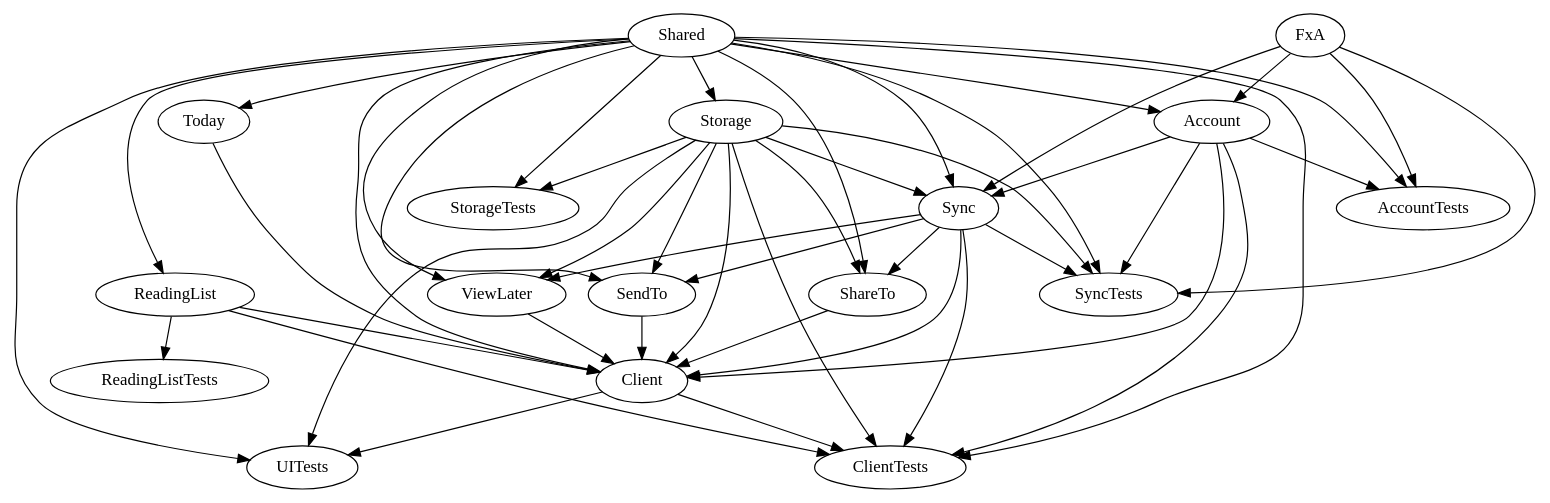
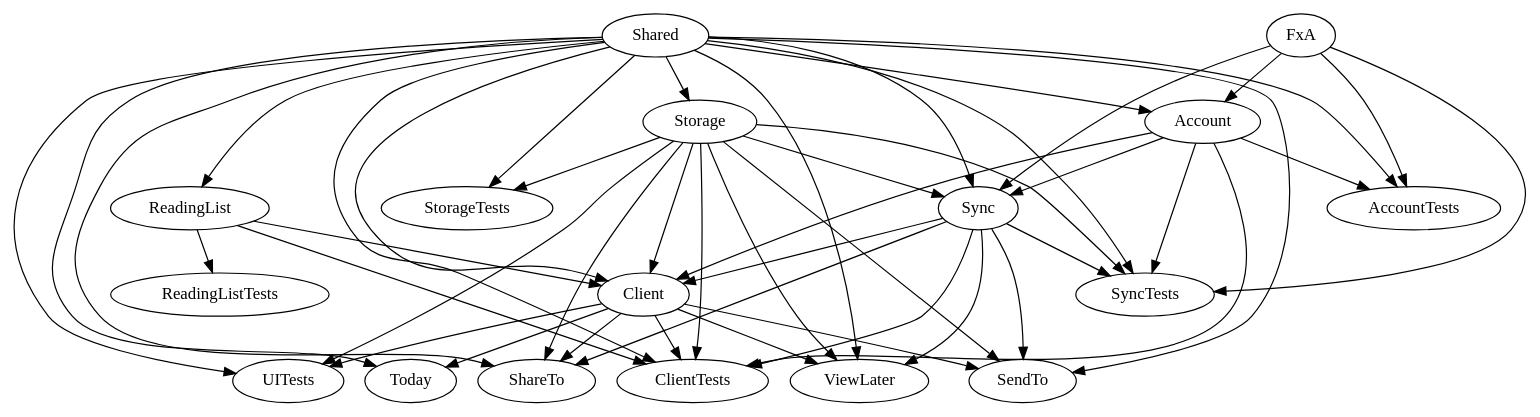
Before and after one commit to mozilla-mobile/firefox-ios: the diagram in Docs/Dependency Graphs/dot-files/digraph-fxios.dot, drawn with Graphviz. The commit also changed 1 other file, not shown here.

Commit message:
Add extensions as dependencies for client

```diff
--- a/Docs/Dependency Graphs/dot-files/digraph-fxios.dot
+++ b/Docs/Dependency Graphs/dot-files/digraph-fxios.dot
@@ -1,49 +1,49 @@
 digraph FxiOS {
   "Shared" -> "Storage"
   "Shared" -> "StorageTests"
   "Shared" -> "Client"
   "Shared" -> "ClientTests"
   "Shared" -> "ViewLater"
   "Shared" -> "ReadingList"
   "Shared" -> "SendTo"
   "Shared" -> "ShareTo"
   "Shared" -> "Account"
   "Shared" -> "AccountTests"
   "Shared" -> "Sync"
   "Shared" -> "SyncTests"
   "Shared" -> "UITests"
   "Shared" -> "Today"
   "FxA" -> "Account"
   "FxA" -> "AccountTests"
   "FxA" -> "Sync"
   "FxA" -> "SyncTests"
   "Storage" -> "StorageTests"
   "Storage" -> "Client"
   "Storage" -> "ClientTests"
   "Storage" -> "ViewLater"
   "Storage" -> "SendTo"
   "Storage" -> "UITests"
   "Storage" -> "SyncTests"
   "Storage" -> "Sync"
   "Storage" -> "ShareTo"
   "Sync" -> "SyncTests"
   "Sync" -> "Client"
   "Sync" -> "ClientTests"
   "Sync" -> "ShareTo"
   "Sync" -> "SendTo"
   "Sync" -> "ViewLater"
   "ReadingList" -> "ReadingListTests"
   "ReadingList" -> "Client"
   "ReadingList" -> "ClientTests"
   "Account" -> "AccountTests"
   "Account" -> "Sync"
   "Account" -> "SyncTests"
   "Account" -> "Client"
   "Account" -> "ClientTests"
   "Client" -> "ClientTests"
   "Client" -> "UITests"
-  "ViewLater" -> "Client"
-  "Today" -> "Client"
-  "ShareTo" -> "Client"
-  "SendTo" -> "Client"
+  "Client" -> "ShareTo"
+  "Client" -> "SendTo"
+  "Client" -> "ViewLater"
+  "Client" -> "Today"
 }
```
